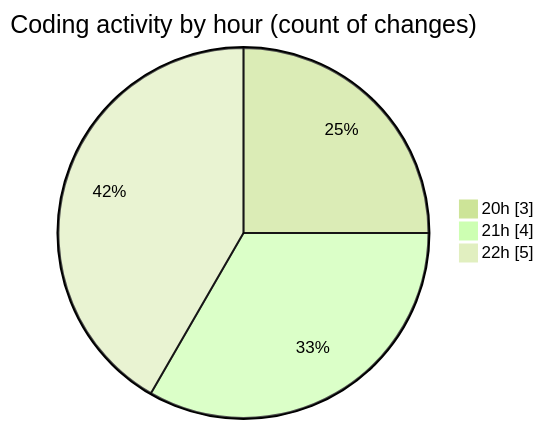
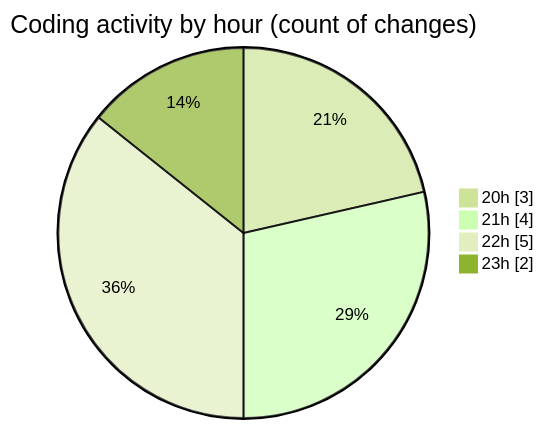
One commit to lephambinh05/code-tracking changed the second of 2 diagrams in 2025-09-07/quanlylink/README.md. Above: the diagram before and after it, drawn with Mermaid (forest theme). The commit also changed other lines of this file and 1 other file, not shown here.

````diff
--- a/2025-09-07/quanlylink/README.md
+++ b/2025-09-07/quanlylink/README.md
@@ -41,7 +44,8 @@
 ```mermaid
 pie showData
 title Coding activity by hour (count of changes)
 "20h" : 3
 "21h" : 4
 "22h" : 5
+"23h" : 2
 ```
````
